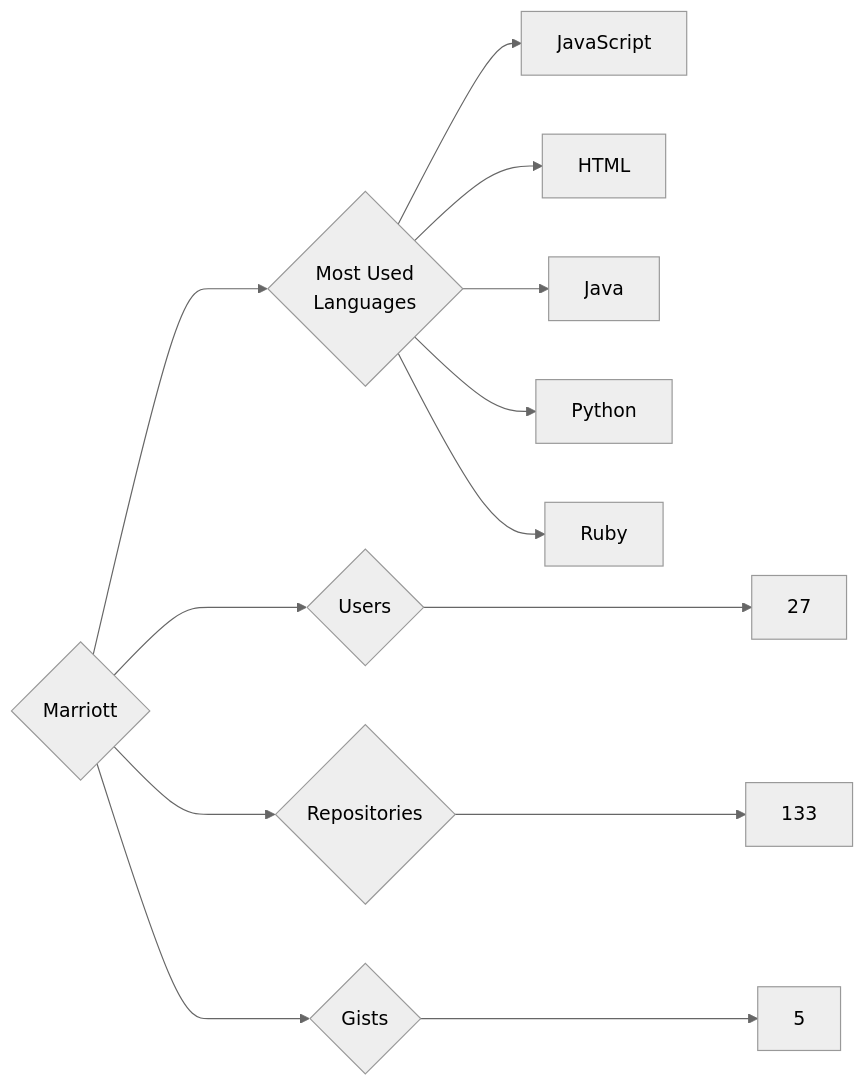
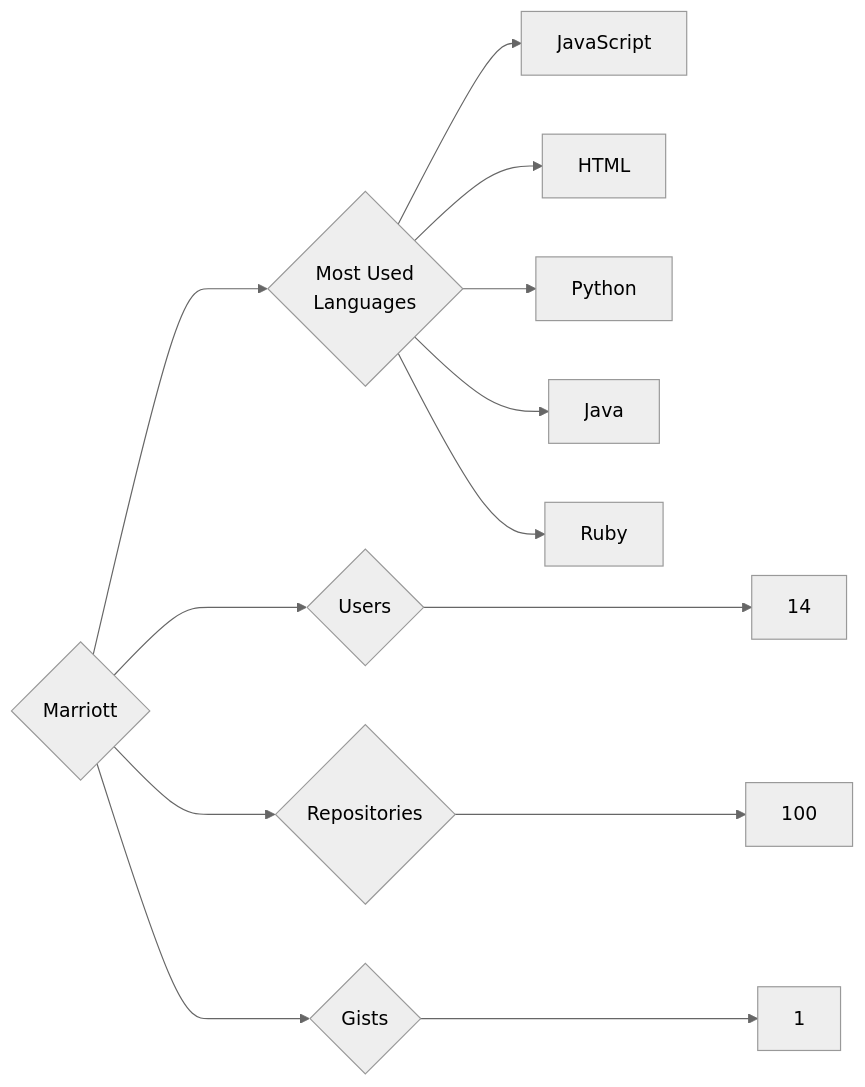
Before and after one commit to trickest/insiders: the diagram in targets/Marriott/README.md, drawn with Mermaid (neutral theme). The commit also changed 681 other files, not shown here.

````diff
--- a/targets/Marriott/README.md
+++ b/targets/Marriott/README.md
@@ -3,13 +3,13 @@
 ```mermaid
 graph LR
 COMPANY_NAME{Marriott}
-COMPANY_NAME ---> U{Users} ---> UN[27]
-COMPANY_NAME ---> R{Repositories} ---> RN[133]
-COMPANY_NAME ---> G{Gists} ---> GN[5]
+COMPANY_NAME ---> U{Users} ---> UN[14]
+COMPANY_NAME ---> R{Repositories} ---> RN[100]
+COMPANY_NAME ---> G{Gists} ---> GN[1]
 COMPANY_NAME ---> ML{Most Used<br>Languages}
 ML --> JavaScript[JavaScript]
 ML --> HTML[HTML]
+ML --> Python[Python]
 ML --> Java[Java]
-ML --> Python[Python]
 ML --> Ruby[Ruby]
 ```
````
